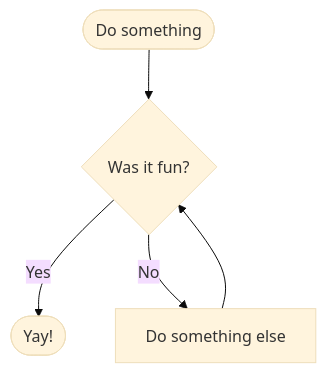
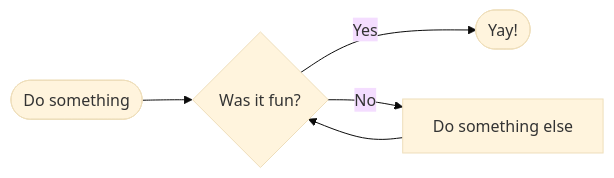
The diagram in snippets/flowchart-demo.md (jacksorjacksor/MermaidJs), drawn with Mermaid (base theme) before and after one commit. The commit also changed other lines of this file and 3 other files, not shown here.

````diff
--- a/snippets/flowchart-demo.md
+++ b/snippets/flowchart-demo.md
@@ -1,8 +1,8 @@
 ```mermaid
-flowchart TD
+flowchart LR
     A([Do something])
     A --> B{Was it fun?}
     B -- Yes -->C([Yay!])
     B -- No -->D[Do something else]
     D-->B
 ```
````
